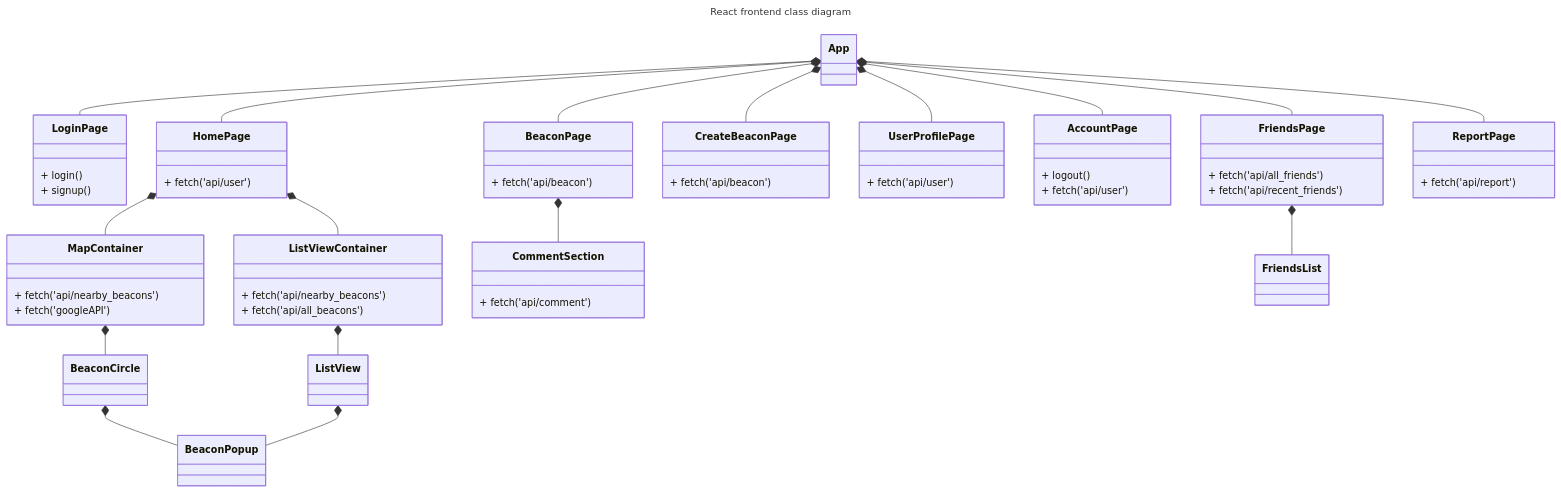
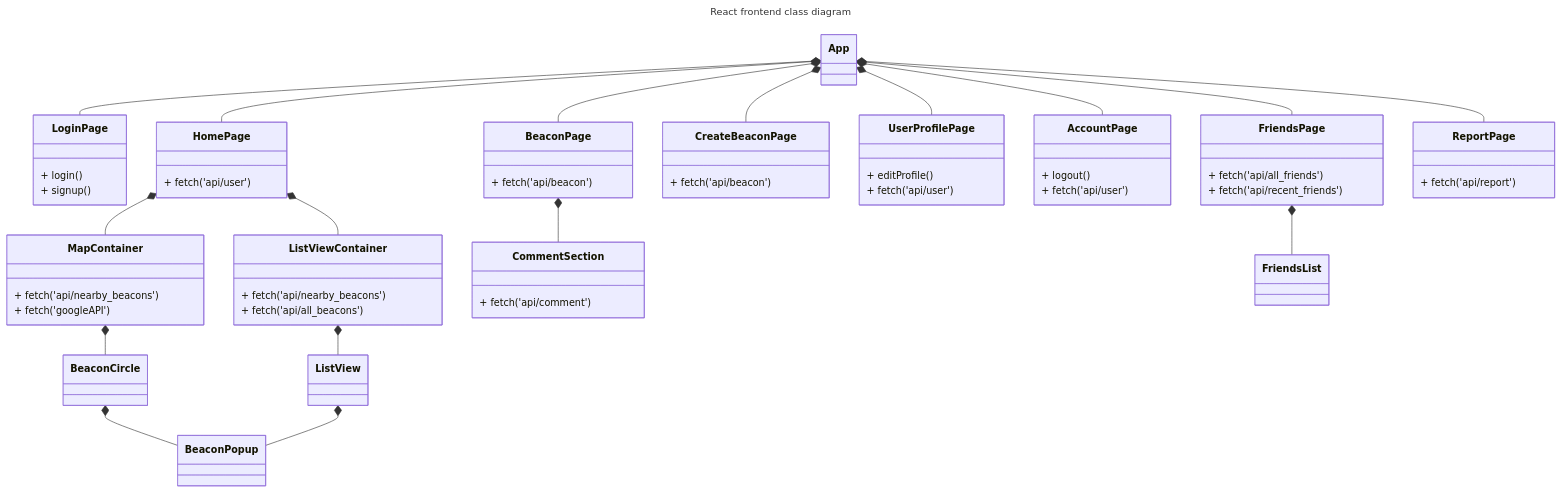
One commit to jenniferlieu/project-lomo-in-person-gaming-app changed the first of 11 diagrams in documentation/docs/system-architecture/classdiagrams.md. Above: the diagram before and after it, drawn with Mermaid. The commit also changed other lines of this file and 1 other file, not shown here.

Commit message:
Add description to use case 3 sequence diagram

````diff
--- a/documentation/docs/system-architecture/classdiagrams.md
+++ b/documentation/docs/system-architecture/classdiagrams.md
@@ -27,74 +25,75 @@
 ```mermaid
 ---
 title: React frontend class diagram
 ---
 classDiagram
     App *-- LoginPage
     App *-- HomePage
     App *-- BeaconPage
     App *-- CreateBeaconPage
     App *-- UserProfilePage
     App *-- AccountPage
     App *-- FriendsPage
     App *-- ReportPage
 
     HomePage *-- MapContainer
     MapContainer *-- BeaconCircle
     BeaconCircle *-- BeaconPopup
     HomePage *-- ListViewContainer
     ListViewContainer *-- ListView
     ListView *-- BeaconPopup
 
     BeaconPage *-- CommentSection
 
     FriendsPage *-- FriendsList
 
     class LoginPage{
         + login()
         + signup()
     }
 
     class HomePage{
         + fetch('api/user')
     }
 
     class MapContainer{
         + fetch('api/nearby_beacons')
         + fetch('googleAPI')
     }
 
     class ListViewContainer{
         + fetch('api/nearby_beacons')
         + fetch('api/all_beacons')
     }
 
     class BeaconPage{
         + fetch('api/beacon')
     }
 
     class CommentSection{
         + fetch('api/comment')
     }
 
     class CreateBeaconPage{
         + fetch('api/beacon')
     }
 
     class UserProfilePage{
+        + editProfile()
         + fetch('api/user')
     }
 
     class AccountPage{
         + logout()
         + fetch('api/user')
     }
 
     class FriendsPage{
         + fetch('api/all_friends')
         + fetch('api/recent_friends')
     }
 
     class ReportPage{
         + fetch('api/report')
     } 
 ```
````
